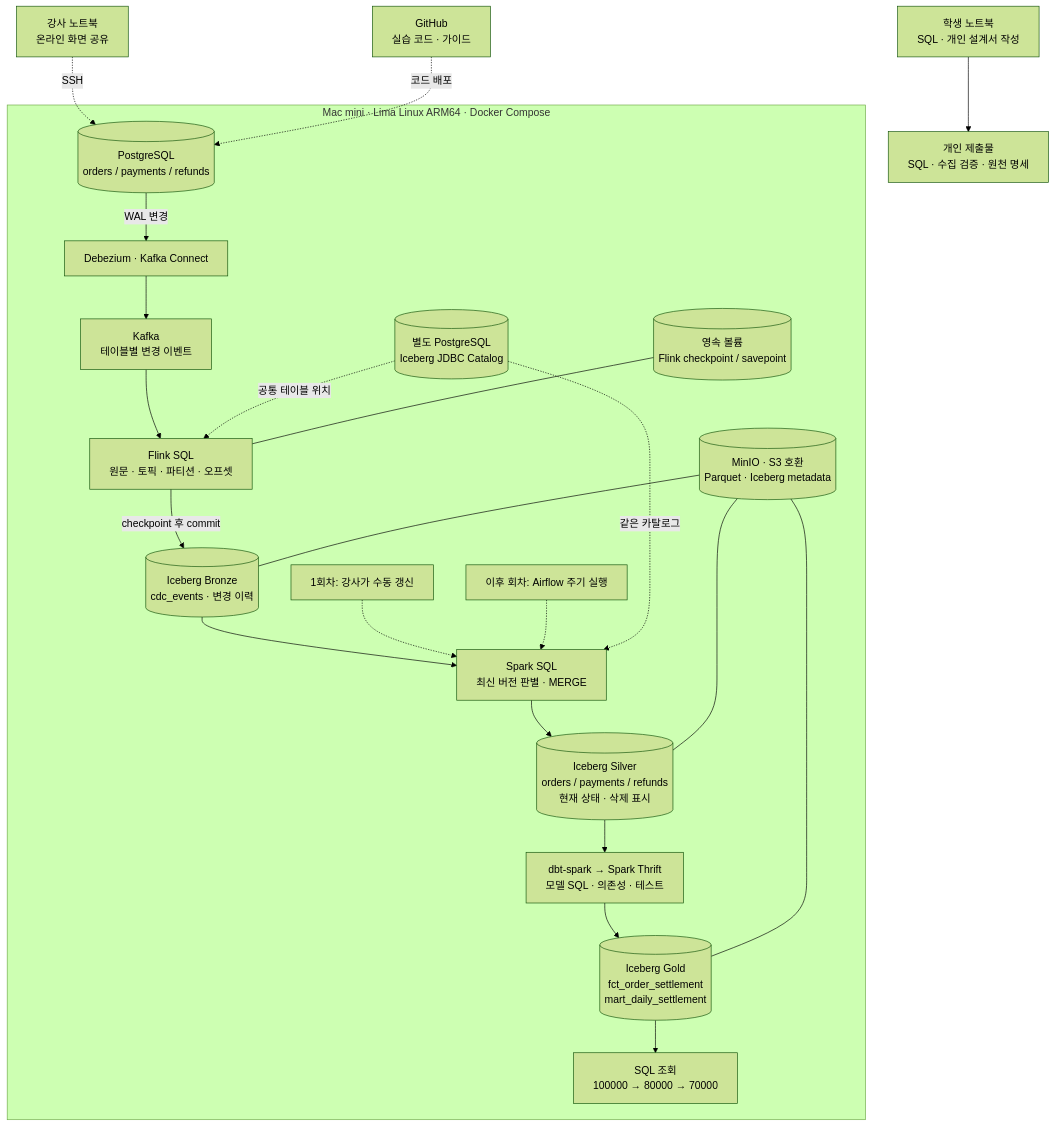
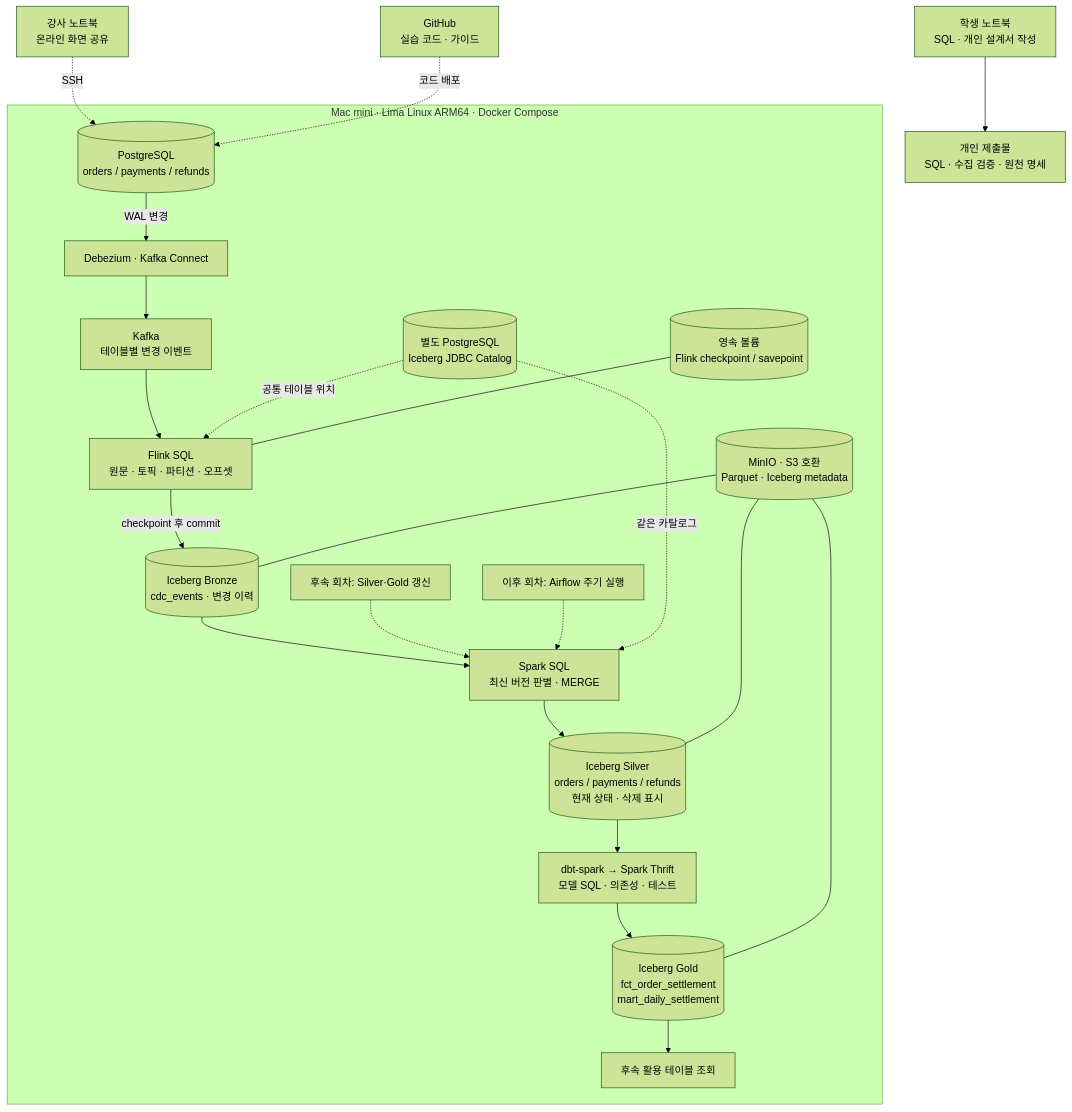
Before and after one commit to kim-dabin/cdc-lakehouse-study: the first of 3 diagrams in labs/session01/architecture.md, drawn with Mermaid (forest theme). The commit also changed other lines of this file and 35 other files, not shown here.

Commit message:
Refine Session 01 from external review and verify classroom CDC flow

````diff
--- a/labs/session01/architecture.md
+++ b/labs/session01/architecture.md
@@ -19,25 +19,25 @@
 ```mermaid
 flowchart TB
   student[학생 노트북<br/>SQL · 개인 설계서 작성] --> submission[개인 제출물<br/>SQL · 수집 검증 · 원천 명세]
   teacher[강사 노트북<br/>온라인 화면 공유] -. SSH .-> pg
   repo[GitHub<br/>실습 코드 · 가이드] -. 코드 배포 .-> pg
   subgraph mini[Mac mini · Lima Linux ARM64 · Docker Compose]
     pg[(PostgreSQL<br/>orders / payments / refunds)] -->|WAL 변경| debezium[Debezium · Kafka Connect]
     debezium --> kafka[Kafka<br/>테이블별 변경 이벤트]
     kafka --> flink[Flink SQL<br/>원문 · 토픽 · 파티션 · 오프셋]
     flink -->|checkpoint 후 commit| bronze[(Iceberg Bronze<br/>cdc_events · 변경 이력)]
     bronze --> spark[Spark SQL<br/>최신 버전 판별 · MERGE]
     spark --> silver[(Iceberg Silver<br/>orders / payments / refunds<br/>현재 상태 · 삭제 표시)]
     silver --> dbt[dbt-spark → Spark Thrift<br/>모델 SQL · 의존성 · 테스트]
     dbt --> gold[(Iceberg Gold<br/>fct_order_settlement<br/>mart_daily_settlement)]
-    gold --> result[SQL 조회<br/>100000 → 80000 → 70000]
-    manual[1회차: 강사가 수동 갱신] -.-> spark
+    gold --> result[후속 활용 테이블 조회]
+    manual[후속 회차: Silver·Gold 갱신] -.-> spark
     airflow[이후 회차: Airflow 주기 실행] -.-> spark
     catalog[(별도 PostgreSQL<br/>Iceberg JDBC Catalog)] -. 공통 테이블 위치 .-> flink
     catalog -. 같은 카탈로그 .-> spark
     objectstore[(MinIO · S3 호환<br/>Parquet · Iceberg metadata)] --- bronze
     objectstore --- silver
     objectstore --- gold
     checkpoint[(영속 볼륨<br/>Flink checkpoint / savepoint)] --- flink
   end
 ```
````
